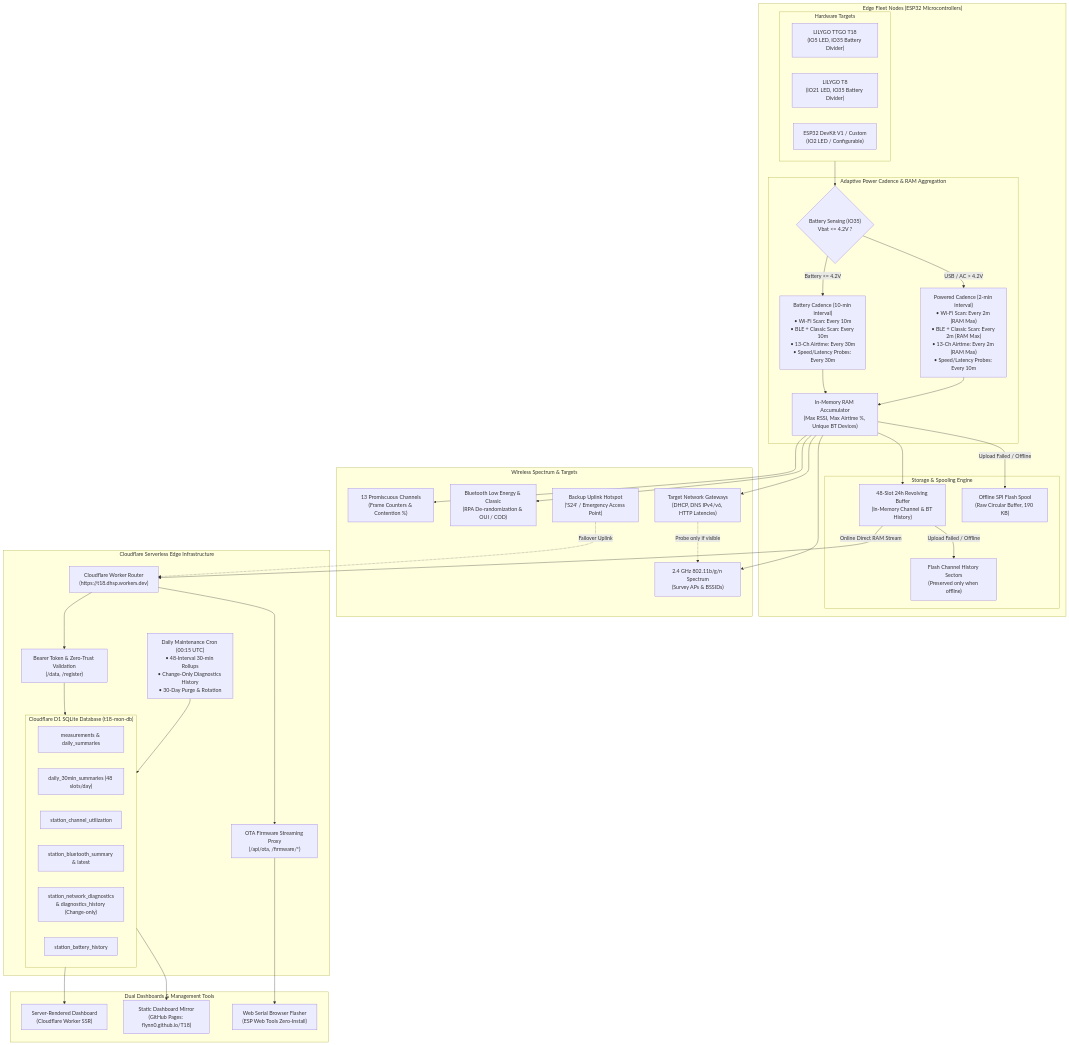
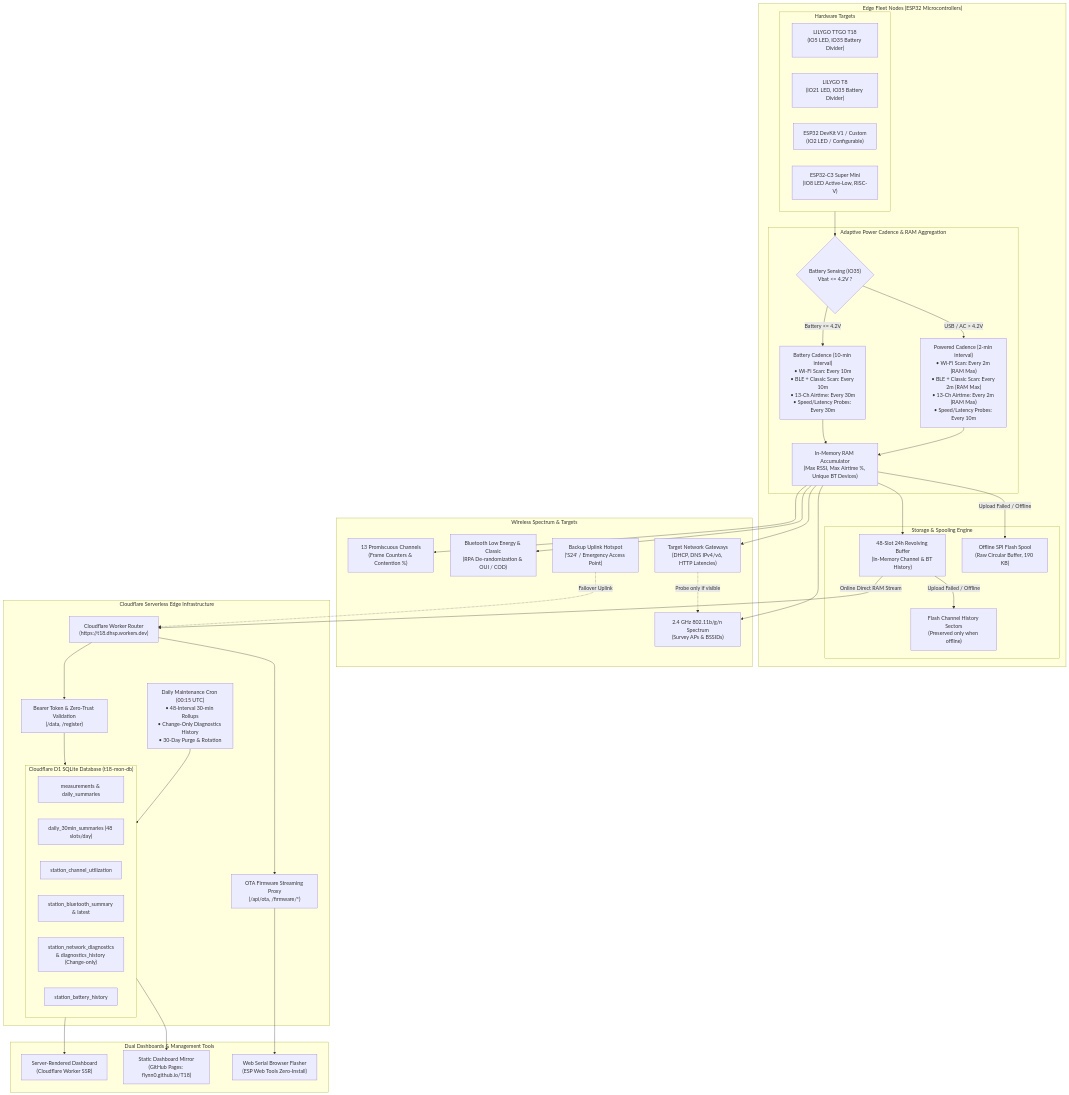
One commit to flynn0/T18 changed the diagram in README.md. Above: the diagram before and after it, drawn with Mermaid. The commit also changed other lines of this file and 30 other files, not shown here.

Commit message:
Release v1.1.5: ESP32-C3 Super Mini support, expanded BLE limits, and station config modal

```diff
--- a/README.md
+++ b/README.md
@@ -23,6 +23,7 @@
             T18["LILYGO TTGO T18<br/>(IO5 LED, IO35 Battery Divider)"]
             T8["LILYGO T8<br/>(IO21 LED, IO35 Battery Divider)"]
             DevKit["ESP32 DevKit V1 / Custom<br/>(IO2 LED / Configurable)"]
+            C3Mini["ESP32-C3 Super Mini<br/>(IO8 LED Active-Low, RISC-V)"]
         end
 
         subgraph CadenceManager["Adaptive Power Cadence & RAM Aggregation"]
```
